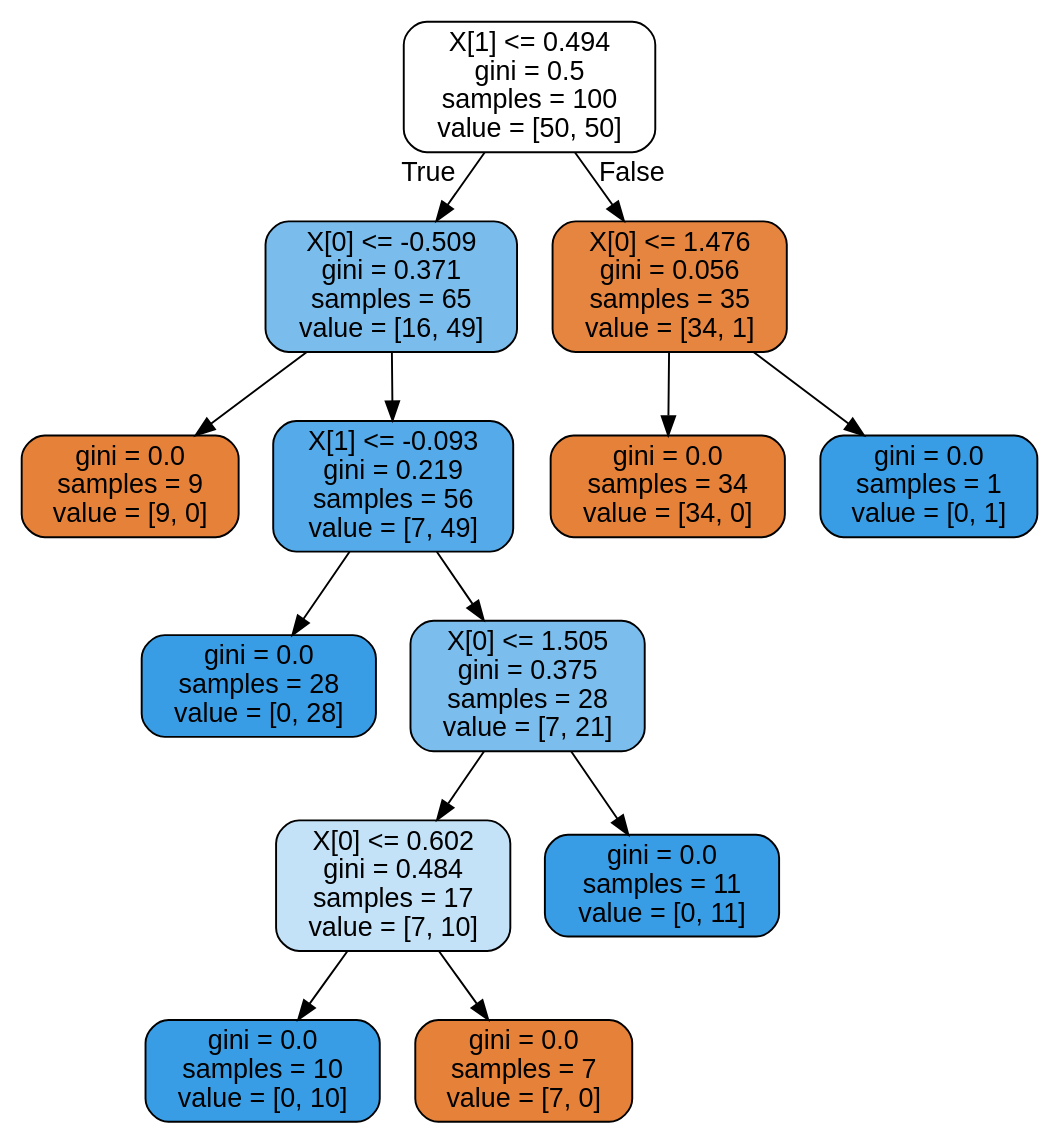
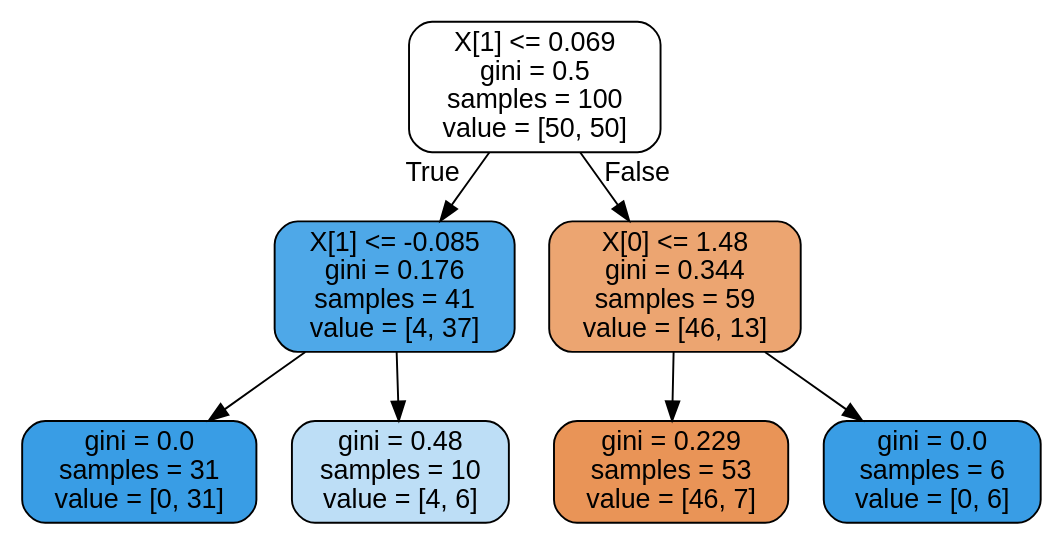
One commit to shunw/p_tools changed the diagram in images/decision_trees/moon_tree.dot. Above: the diagram before and after it, drawn with Graphviz. The commit also changed 3 other files, not shown here.

```diff
--- a/images/decision_trees/moon_tree.dot
+++ b/images/decision_trees/moon_tree.dot
@@ -1,29 +1,17 @@
 digraph Tree {
 node [shape=box, style="filled, rounded", color="black", fontname=helvetica] ;
 edge [fontname=helvetica] ;
-0 [label="X[1] <= 0.494\ngini = 0.5\nsamples = 100\nvalue = [50, 50]", fillcolor="#ffffff"] ;
-1 [label="X[0] <= -0.509\ngini = 0.371\nsamples = 65\nvalue = [16, 49]", fillcolor="#7abded"] ;
+0 [label="X[1] <= 0.069\ngini = 0.5\nsamples = 100\nvalue = [50, 50]", fillcolor="#ffffff"] ;
+1 [label="X[1] <= -0.085\ngini = 0.176\nsamples = 41\nvalue = [4, 37]", fillcolor="#4ea8e8"] ;
 0 -> 1 [labeldistance=2.5, labelangle=45, headlabel="True"] ;
-2 [label="gini = 0.0\nsamples = 9\nvalue = [9, 0]", fillcolor="#e58139"] ;
+2 [label="gini = 0.0\nsamples = 31\nvalue = [0, 31]", fillcolor="#399de5"] ;
 1 -> 2 ;
-3 [label="X[1] <= -0.093\ngini = 0.219\nsamples = 56\nvalue = [7, 49]", fillcolor="#55abe9"] ;
+3 [label="gini = 0.48\nsamples = 10\nvalue = [4, 6]", fillcolor="#bddef6"] ;
 1 -> 3 ;
-4 [label="gini = 0.0\nsamples = 28\nvalue = [0, 28]", fillcolor="#399de5"] ;
-3 -> 4 ;
-5 [label="X[0] <= 1.505\ngini = 0.375\nsamples = 28\nvalue = [7, 21]", fillcolor="#7bbeee"] ;
-3 -> 5 ;
-6 [label="X[0] <= 0.602\ngini = 0.484\nsamples = 17\nvalue = [7, 10]", fillcolor="#c4e2f7"] ;
-5 -> 6 ;
-7 [label="gini = 0.0\nsamples = 10\nvalue = [0, 10]", fillcolor="#399de5"] ;
-6 -> 7 ;
-8 [label="gini = 0.0\nsamples = 7\nvalue = [7, 0]", fillcolor="#e58139"] ;
-6 -> 8 ;
-9 [label="gini = 0.0\nsamples = 11\nvalue = [0, 11]", fillcolor="#399de5"] ;
-5 -> 9 ;
-10 [label="X[0] <= 1.476\ngini = 0.056\nsamples = 35\nvalue = [34, 1]", fillcolor="#e6853f"] ;
-0 -> 10 [labeldistance=2.5, labelangle=-45, headlabel="False"] ;
-11 [label="gini = 0.0\nsamples = 34\nvalue = [34, 0]", fillcolor="#e58139"] ;
-10 -> 11 ;
-12 [label="gini = 0.0\nsamples = 1\nvalue = [0, 1]", fillcolor="#399de5"] ;
-10 -> 12 ;
+4 [label="X[0] <= 1.48\ngini = 0.344\nsamples = 59\nvalue = [46, 13]", fillcolor="#eca571"] ;
+0 -> 4 [labeldistance=2.5, labelangle=-45, headlabel="False"] ;
+5 [label="gini = 0.229\nsamples = 53\nvalue = [46, 7]", fillcolor="#e99457"] ;
+4 -> 5 ;
+6 [label="gini = 0.0\nsamples = 6\nvalue = [0, 6]", fillcolor="#399de5"] ;
+4 -> 6 ;
 }
```
